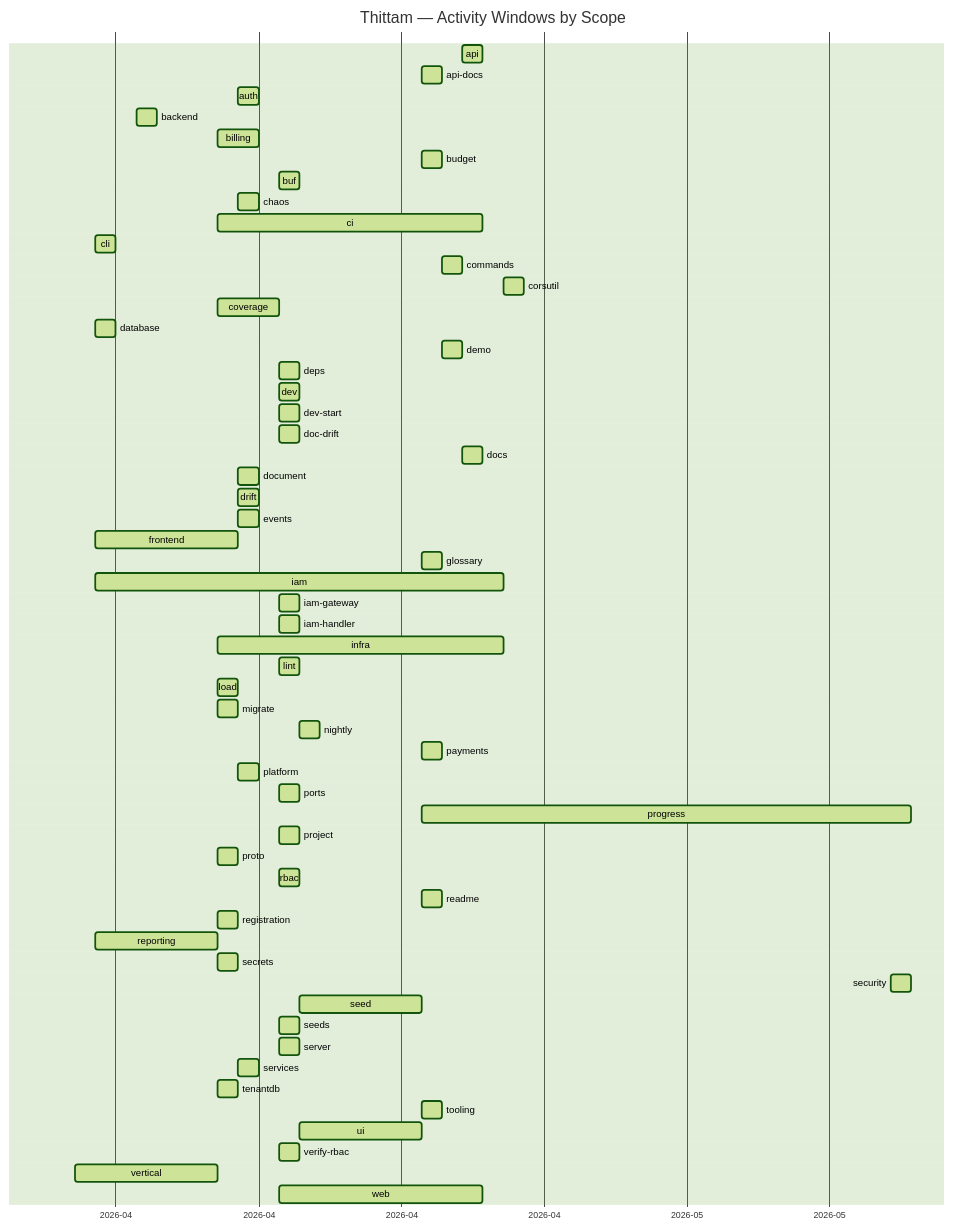
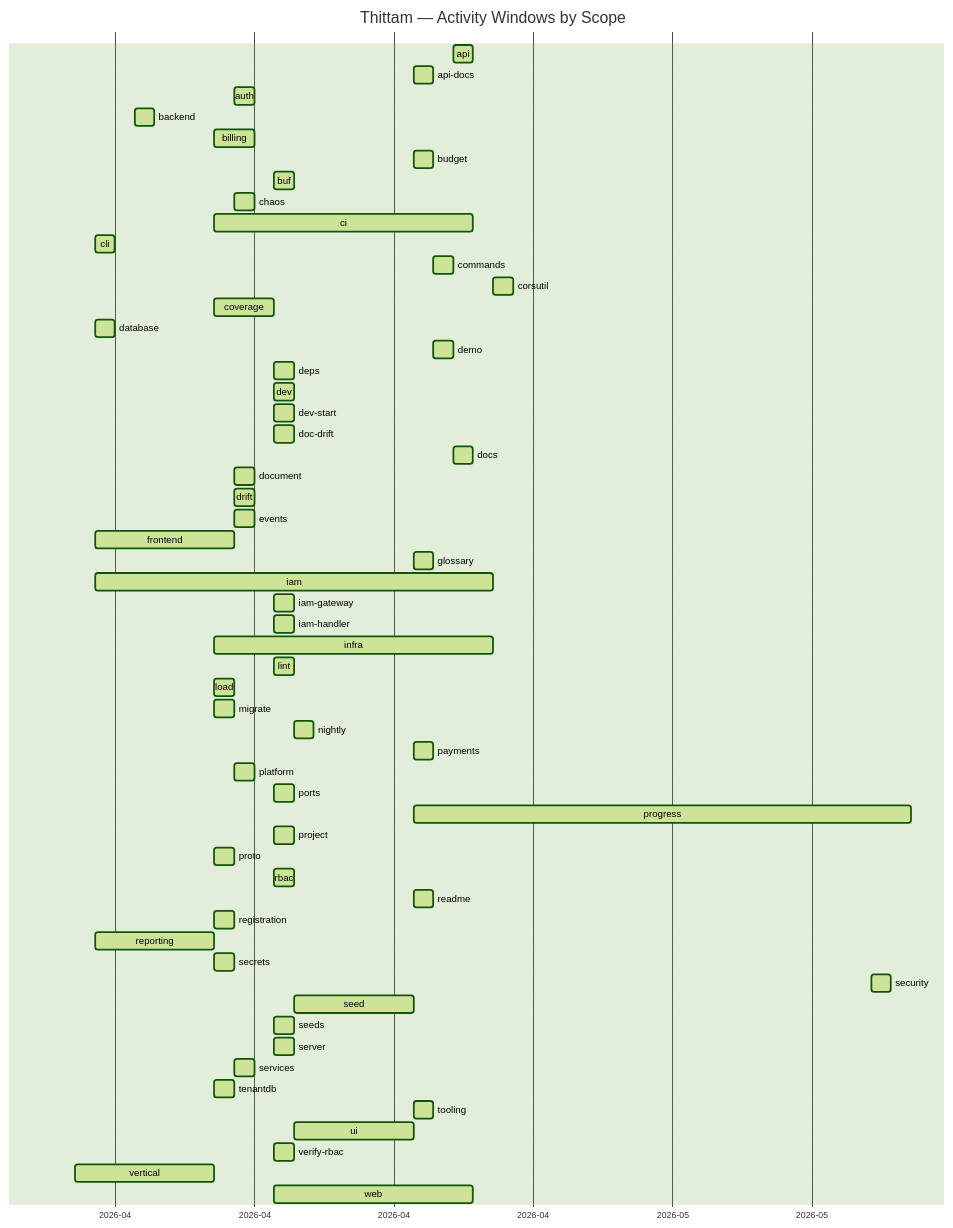
Before and after one commit to wegofwd2020-hub/thittam: the diagram in docs/PROGRESS.md, drawn with Mermaid (forest theme). The commit also changed other lines of this file and 1 other file, not shown here.

Commit message:
chore(progress): nightly update of docs/PROGRESS.md + CSVs

````diff
--- a/docs/PROGRESS.md
+++ b/docs/PROGRESS.md
@@ -9,61 +9,61 @@
 ```mermaid
 gantt
     title Thittam — Activity Windows by Scope
     dateFormat YYYY-MM-DD
     axisFormat %Y-%m
     api                :active, s_api, 2026-04-22, 2026-04-23
     api-docs           :active, s_api_docs, 2026-04-20, 2026-04-21
     auth               :active, s_auth, 2026-04-11, 2026-04-12
     backend            :active, s_backend, 2026-04-06, 2026-04-07
     billing            :active, s_billing, 2026-04-10, 2026-04-12
     budget             :active, s_budget, 2026-04-20, 2026-04-21
     buf                :active, s_buf, 2026-04-13, 2026-04-14
     chaos              :active, s_chaos, 2026-04-11, 2026-04-12
     ci                 :active, s_ci, 2026-04-10, 2026-04-23
     cli                :active, s_cli, 2026-04-04, 2026-04-05
     commands           :active, s_commands, 2026-04-21, 2026-04-22
     corsutil           :active, s_corsutil, 2026-04-24, 2026-04-25
     coverage           :active, s_coverage, 2026-04-10, 2026-04-13
     database           :active, s_database, 2026-04-04, 2026-04-05
     demo               :active, s_demo, 2026-04-21, 2026-04-22
     deps               :active, s_deps, 2026-04-13, 2026-04-14
     dev                :active, s_dev, 2026-04-13, 2026-04-14
     dev-start          :active, s_dev_start, 2026-04-13, 2026-04-14
     doc-drift          :active, s_doc_drift, 2026-04-13, 2026-04-14
     docs               :active, s_docs, 2026-04-22, 2026-04-23
     document           :active, s_document, 2026-04-11, 2026-04-12
     drift              :active, s_drift, 2026-04-11, 2026-04-12
     events             :active, s_events, 2026-04-11, 2026-04-12
     frontend           :active, s_frontend, 2026-04-04, 2026-04-11
     glossary           :active, s_glossary, 2026-04-20, 2026-04-21
     iam                :active, s_iam, 2026-04-04, 2026-04-24
     iam-gateway        :active, s_iam_gateway, 2026-04-13, 2026-04-14
     iam-handler        :active, s_iam_handler, 2026-04-13, 2026-04-14
     infra              :active, s_infra, 2026-04-10, 2026-04-24
     lint               :active, s_lint, 2026-04-13, 2026-04-14
     load               :active, s_load, 2026-04-10, 2026-04-11
     migrate            :active, s_migrate, 2026-04-10, 2026-04-11
     nightly            :active, s_nightly, 2026-04-14, 2026-04-15
     payments           :active, s_payments, 2026-04-20, 2026-04-21
     platform           :active, s_platform, 2026-04-11, 2026-04-12
     ports              :active, s_ports, 2026-04-13, 2026-04-14
-    progress           :active, s_progress, 2026-04-20, 2026-05-14
+    progress           :active, s_progress, 2026-04-20, 2026-05-15
     project            :active, s_project, 2026-04-13, 2026-04-14
     proto              :active, s_proto, 2026-04-10, 2026-04-11
     rbac               :active, s_rbac, 2026-04-13, 2026-04-14
     readme             :active, s_readme, 2026-04-20, 2026-04-21
     registration       :active, s_registration, 2026-04-10, 2026-04-11
     reporting          :active, s_reporting, 2026-04-04, 2026-04-10
     secrets            :active, s_secrets, 2026-04-10, 2026-04-11
     security           :active, s_security, 2026-05-13, 2026-05-14
     seed               :active, s_seed, 2026-04-14, 2026-04-20
     seeds              :active, s_seeds, 2026-04-13, 2026-04-14
     server             :active, s_server, 2026-04-13, 2026-04-14
     services           :active, s_services, 2026-04-11, 2026-04-12
     tenantdb           :active, s_tenantdb, 2026-04-10, 2026-04-11
     tooling            :active, s_tooling, 2026-04-20, 2026-04-21
     ui                 :active, s_ui, 2026-04-14, 2026-04-20
     verify-rbac        :active, s_verify_rbac, 2026-04-13, 2026-04-14
     vertical           :active, s_vertical, 2026-04-03, 2026-04-10
     web                :active, s_web, 2026-04-13, 2026-04-23
 ```
````
